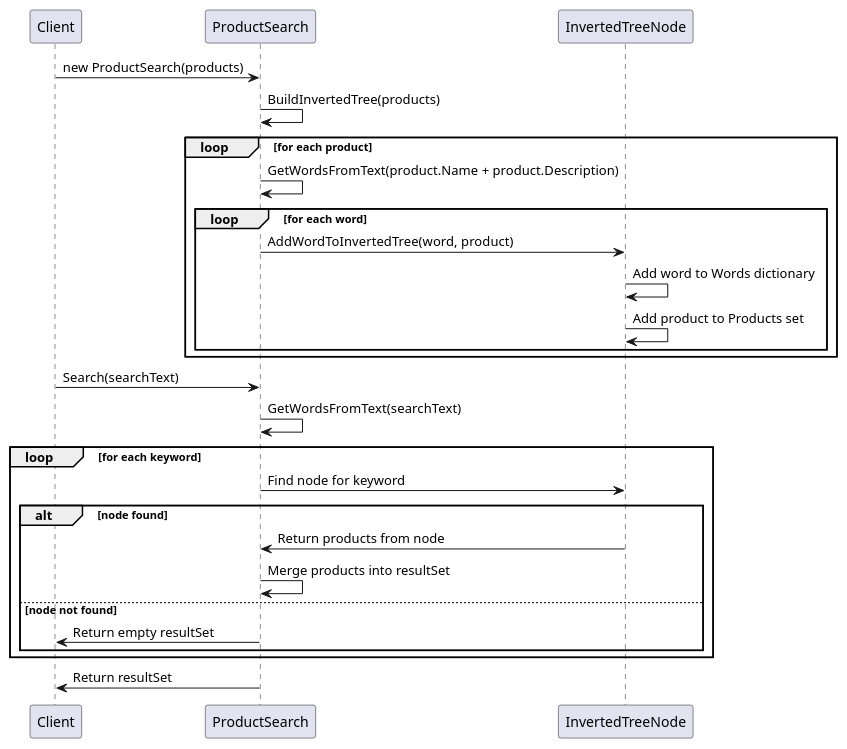
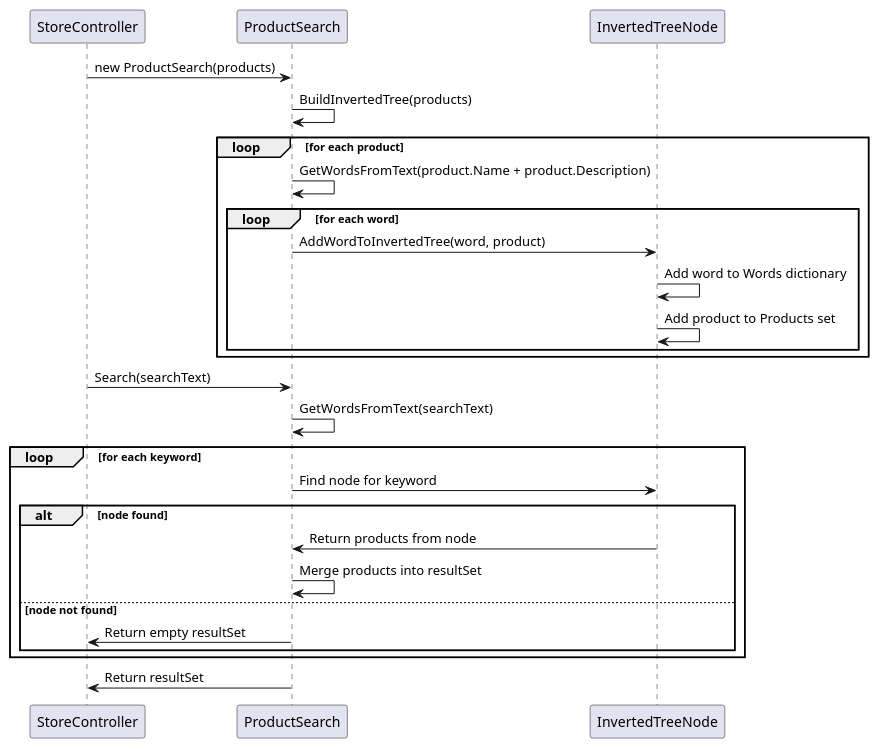
The diagram in C18780/backend/Doc/plantuml/InvertedTreeNode.md (bulan506/StarBuyStore), drawn with PlantUML before and after one commit.

```diff
--- a/C18780/backend/Doc/plantuml/InvertedTreeNode.md
+++ b/C18780/backend/Doc/plantuml/InvertedTreeNode.md
@@ -1,30 +1,30 @@
 @startuml
-participant "Client" as Client
+participant "StoreController" as StoreController
 participant "ProductSearch" as ProductSearch
 participant "InvertedTreeNode" as Node
 
-Client -> ProductSearch: new ProductSearch(products)
+StoreController -> ProductSearch: new ProductSearch(products)
 ProductSearch -> ProductSearch: BuildInvertedTree(products)
 loop for each product
     ProductSearch -> ProductSearch: GetWordsFromText(product.Name + product.Description)
     loop for each word
         ProductSearch -> Node: AddWordToInvertedTree(word, product)
         Node -> Node: Add word to Words dictionary
         Node -> Node: Add product to Products set
     end
 end
 
-Client -> ProductSearch: Search(searchText)
+StoreController -> ProductSearch: Search(searchText)
 ProductSearch -> ProductSearch: GetWordsFromText(searchText)
 loop for each keyword
     ProductSearch -> Node: Find node for keyword
     alt node found
         Node -> ProductSearch: Return products from node
         ProductSearch -> ProductSearch: Merge products into resultSet
     else node not found
-        ProductSearch -> Client: Return empty resultSet
+        ProductSearch -> StoreController: Return empty resultSet
     end
 end
-ProductSearch -> Client: Return resultSet
+ProductSearch -> StoreController: Return resultSet
 
 @enduml
```
